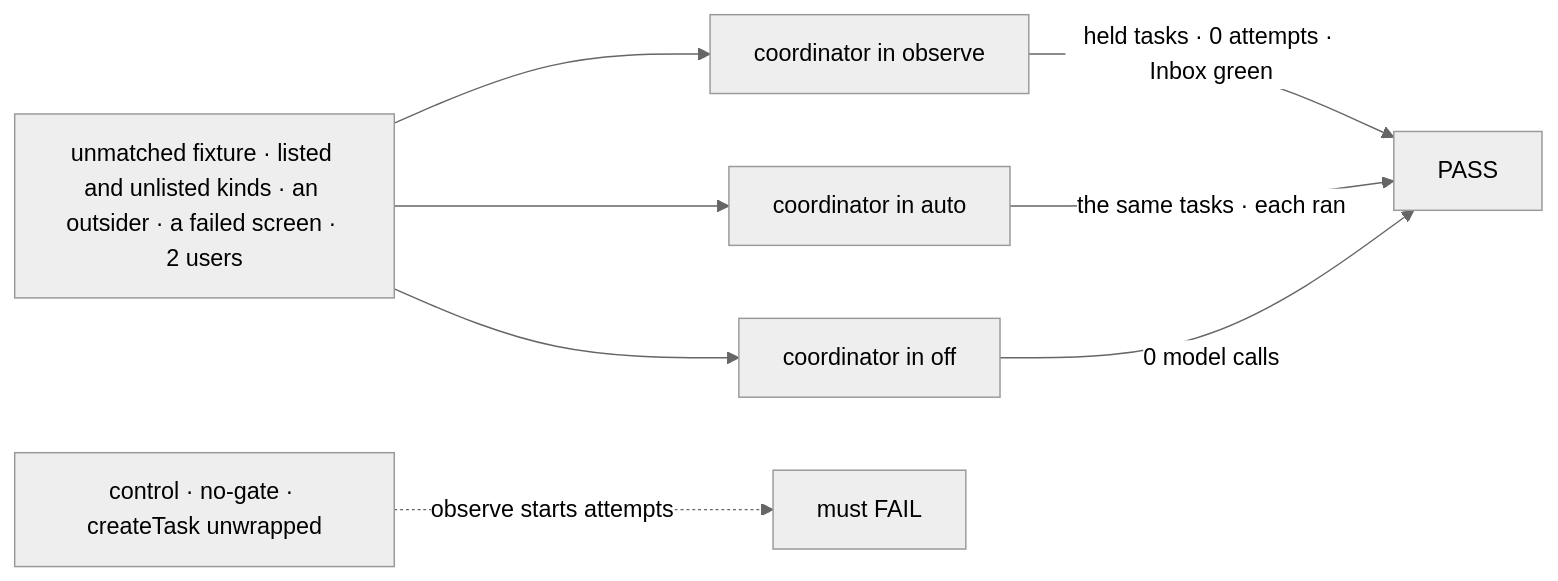
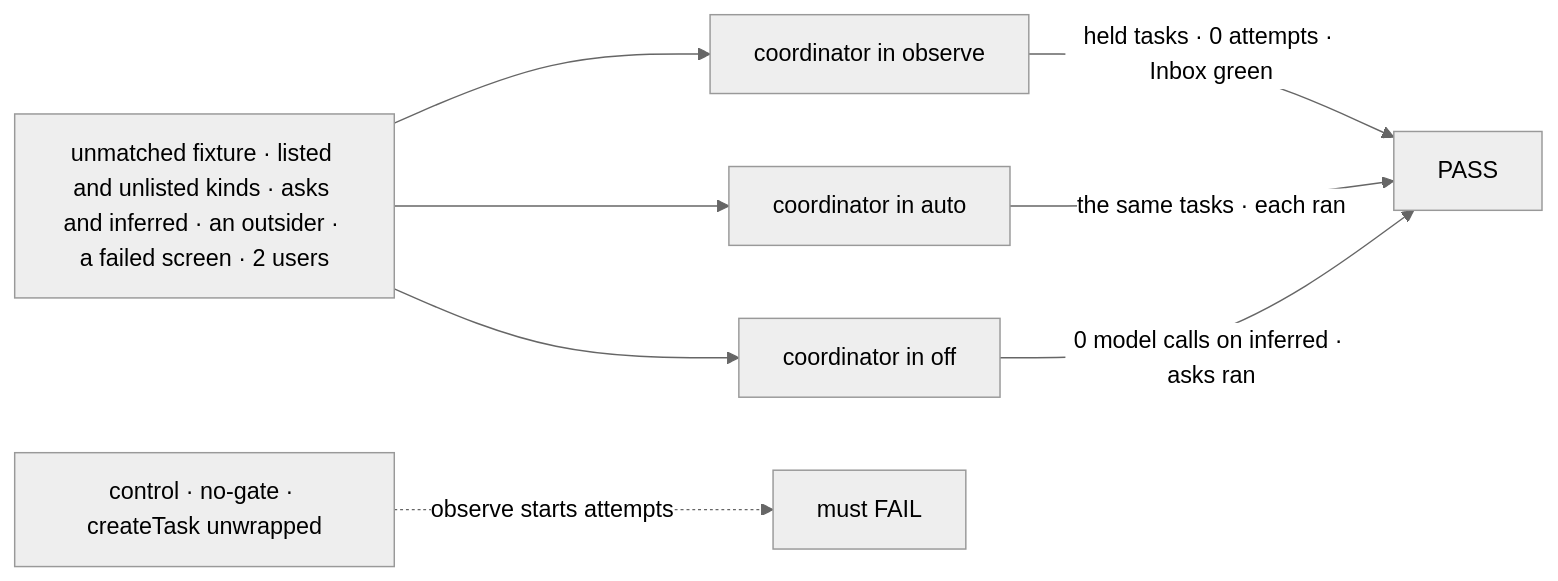
Before and after one commit to fixpoint-labs/flow-state-dev: the first of 3 diagrams in specs/issues/FIX-2538/SPEC.md, drawn with Mermaid (neutral theme). The commit also changed other lines of this file and 1 other file, not shown here.

First line of the commit message:
spec(FIX-2538): asks read FIX-2535's addressed, run in every mode

````diff
--- a/specs/issues/FIX-2538/SPEC.md
+++ b/specs/issues/FIX-2538/SPEC.md
@@ -32,10 +33,10 @@
 ```mermaid
 flowchart LR
-  F["unmatched fixture · listed and unlisted kinds · an outsider · a failed screen · 2 users"] --> O["coordinator in observe"]
+  F["unmatched fixture · listed and unlisted kinds · asks and inferred · an outsider · a failed screen · 2 users"] --> O["coordinator in observe"]
   F --> A["coordinator in auto"]
   F --> X["coordinator in off"]
   O -->|"held tasks · 0 attempts · Inbox green"| P["PASS"]
   A -->|"the same tasks · each ran"| P
-  X -->|"0 model calls"| P
+  X -->|"0 model calls on inferred · asks ran"| P
   C["control · no-gate · createTask unwrapped"] -.->|"observe starts attempts"| Q["must FAIL"]
 ```
````
